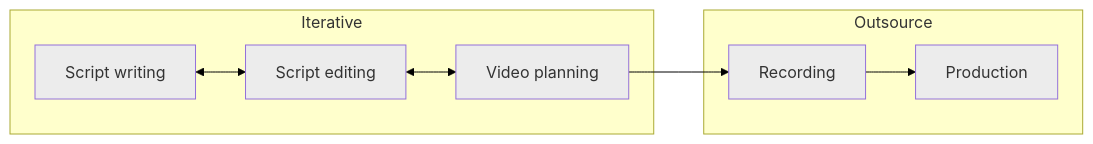
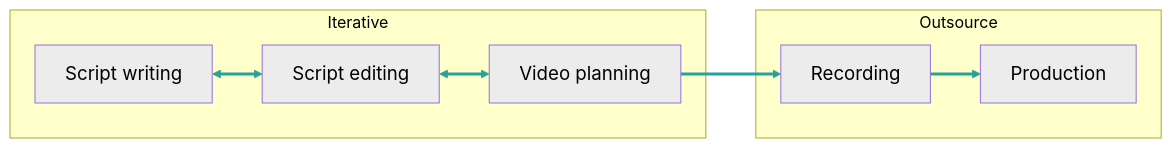
Before and after one commit to libjohn/presentation_tl_retreat: the first of 3 diagrams in frankenstein_monster/version_1.qmd, drawn with Mermaid. The commit also changed other lines of this file and 81 other files, not shown here.

````diff
--- a/frankenstein_monster/version_1.qmd
+++ b/frankenstein_monster/version_1.qmd
@@ -78,16 +78,21 @@
 ```{mermaid}
 %%| fig-width: 20
 flowchart LR
   subgraph box1[Iterative]
   A[Script writing]:::greybox <--> B[Script editing]:::greybox
   B <--> C[Video planning]:::greybox
   end
   subgraph box2[Outsource]
   C --> D[Recording]:::greybox
   D --> E[Production]:::greybox
   end
-  style box1 fill:#FFFFCC
-  style box2 fill:#FFFFCC
-  linkStyle default stroke: black
-  classDef greybox fill:#ECECEC
+  style A color:black
+  style B color:black
+  style C color:black
+  style D color:black
+  style E color:black 
+  style box1 fill:#FFFFCC,color:black
+  style box2 fill:#FFFFCC,color:black
+  linkStyle default stroke-width:3px,stroke:#2aa198
+  classDef greybox fill:#ECECEC,font-size:14pt
 ```
````
